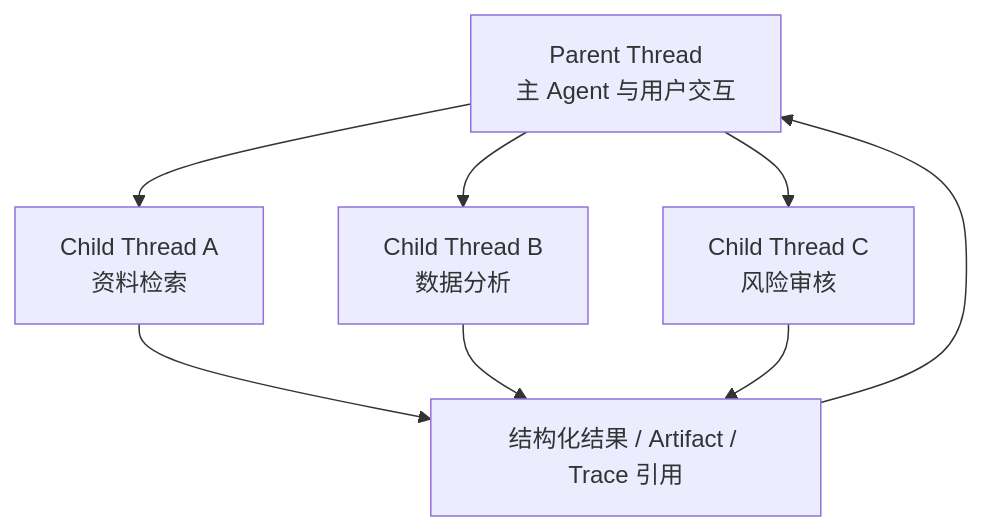
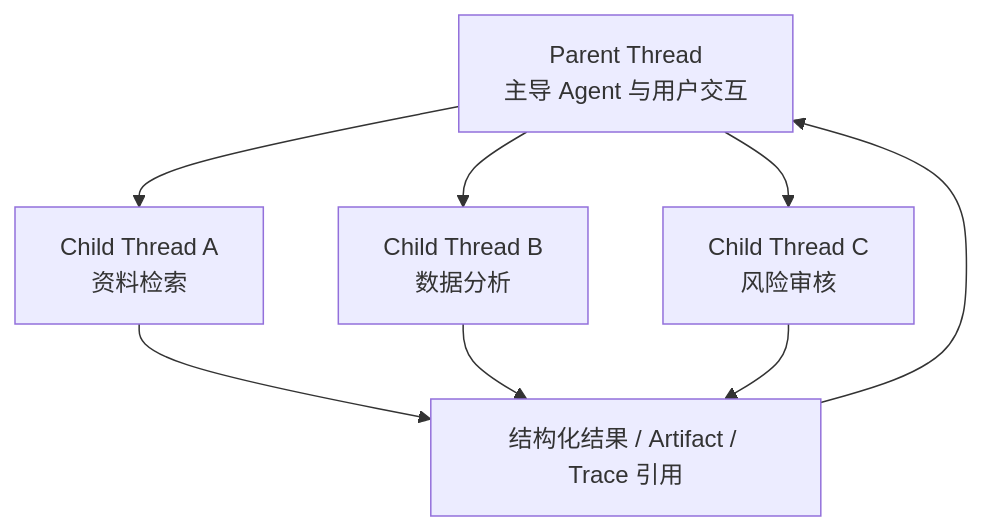
The diagram in docs/architecture/conversations.md (XZY-Free/harness), drawn with Mermaid before and after one commit. The commit also changed other lines of this file and 11 other files, not shown here.

```diff
--- a/docs/architecture/conversations.md
+++ b/docs/architecture/conversations.md
@@ -189,11 +189,11 @@
 ~~~mermaid
 flowchart TB
-  Parent["Parent Thread<br/>主 Agent 与用户交互"]
+  Parent["Parent Thread<br/>主导 Agent 与用户交互"]
   Parent --> A["Child Thread A<br/>资料检索"]
   Parent --> B["Child Thread B<br/>数据分析"]
   Parent --> C["Child Thread C<br/>风险审核"]
   A --> Result["结构化结果 / Artifact / Trace 引用"]
   B --> Result
   C --> Result
   Result --> Parent
 ~~~
```
